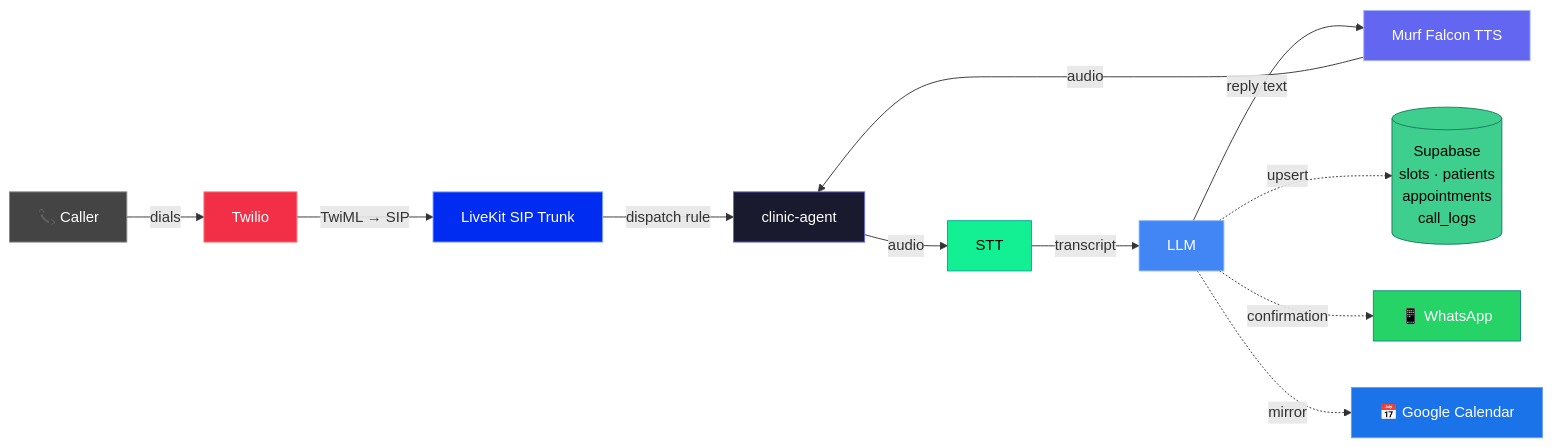
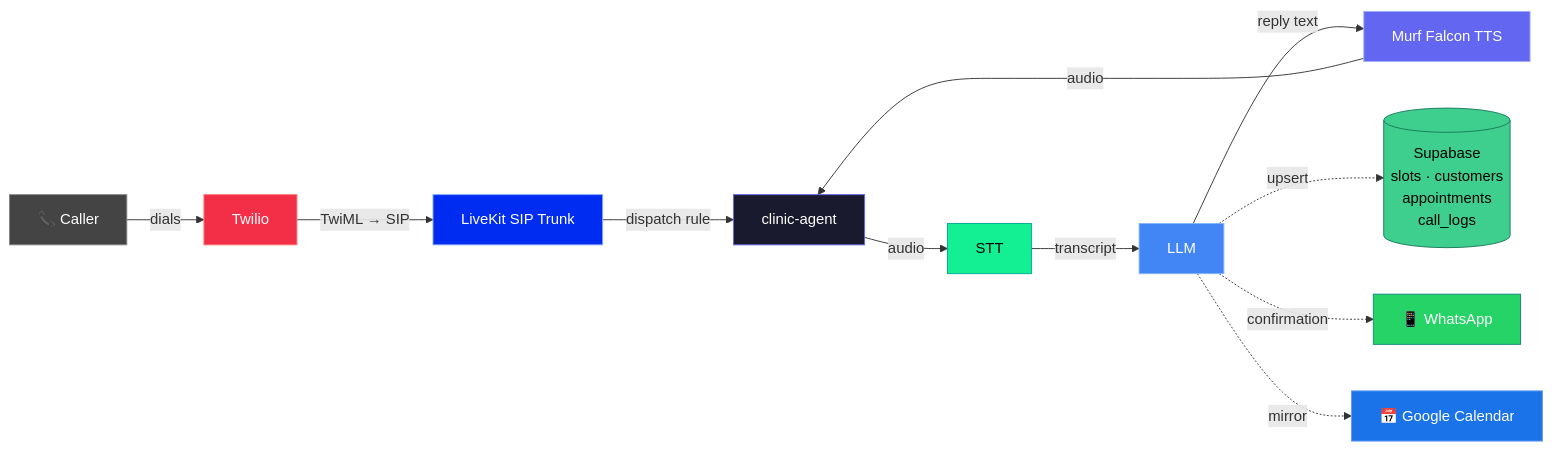
Before and after one commit to sanchitasunil/reception-agent: the diagram in README.md, drawn with Mermaid. The commit also changed other lines of this file and 9 other files, not shown here.

````diff
--- a/README.md
+++ b/README.md
@@ -29,26 +29,26 @@
 ```mermaid
 flowchart LR
     A["📞 Caller"] -->|dials| B["Twilio"]
     B -->|TwiML → SIP| C["LiveKit SIP Trunk"]
     C -->|dispatch rule| D["clinic-agent"]
 
     D -->|audio| E["STT"]
     E -->|transcript| F["LLM"]
     F -->|reply text| G["Murf Falcon TTS"]
     G -->|audio| D
 
-    F -.->|"upsert"| H[("Supabase\nslots · patients\nappointments\ncall_logs")]
+    F -.->|"upsert"| H[("Supabase\nslots · customers\nappointments\ncall_logs")]
     F -.->|"confirmation"| I["📱 WhatsApp"]
     F -.->|"mirror"| J["📅 Google Calendar"]
 
     style A fill:#444,stroke:#888,color:#fff
     style B fill:#F22F46,stroke:#f77,color:#fff
     style C fill:#002cf2,stroke:#88aaff,color:#fff
     style D fill:#1a1a2e,stroke:#6366F1,color:#fff
     style E fill:#13EF93,stroke:#0a9,color:#000
     style F fill:#4285F4,stroke:#89b4fa,color:#fff
     style G fill:#6366F1,stroke:#a5b4fc,color:#fff
     style H fill:#3ECF8E,stroke:#1a7a5a,color:#000
     style I fill:#25D366,stroke:#128C7E,color:#fff
     style J fill:#1a73e8,stroke:#669df6,color:#fff
 ```
````
